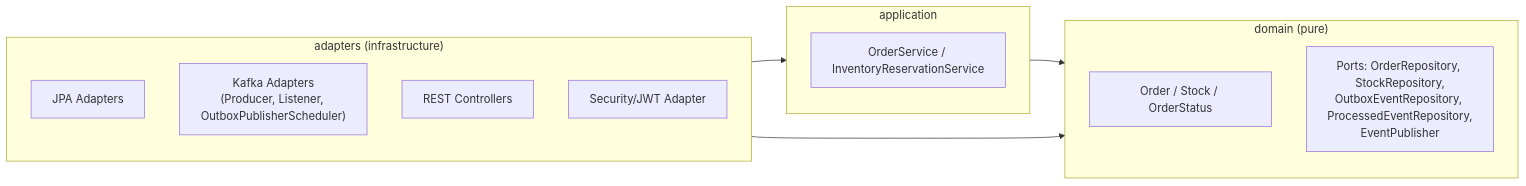
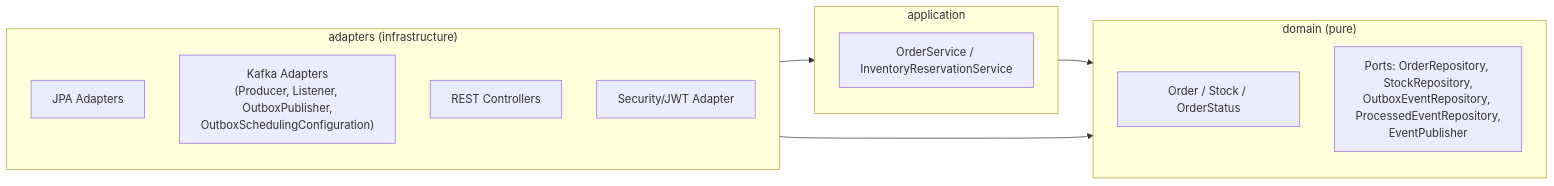
The fifth of 12 diagrams in docs/sdd.md (kaulinmindiola/resilient-order-pipeline), drawn with Mermaid before and after one commit. The commit also changed other lines of this file and 3 other files, not shown here.

Commit message:
docs: sync outbox publisher design and confirmations with phase 5

````diff
--- a/docs/sdd.md
+++ b/docs/sdd.md
@@ -315,19 +315,19 @@
 ```mermaid
 graph LR
     subgraph domain["domain (pure)"]
         D1["Order / Stock / OrderStatus"]
         D2["Ports: OrderRepository, StockRepository,<br/>OutboxEventRepository, ProcessedEventRepository,<br/>EventPublisher"]
     end
     subgraph application["application"]
         A1["OrderService / InventoryReservationService"]
     end
     subgraph adapters["adapters (infrastructure)"]
         AJ["JPA Adapters"]
-        AK["Kafka Adapters<br/>(Producer, Listener, OutboxPublisherScheduler)"]
+        AK["Kafka Adapters<br/>(Producer, Listener, OutboxPublisher,<br/>OutboxSchedulingConfiguration)"]
         AR["REST Controllers"]
         AS["Security/JWT Adapter"]
     end
     application --> domain
     adapters --> domain
     adapters --> application
 ```
````
